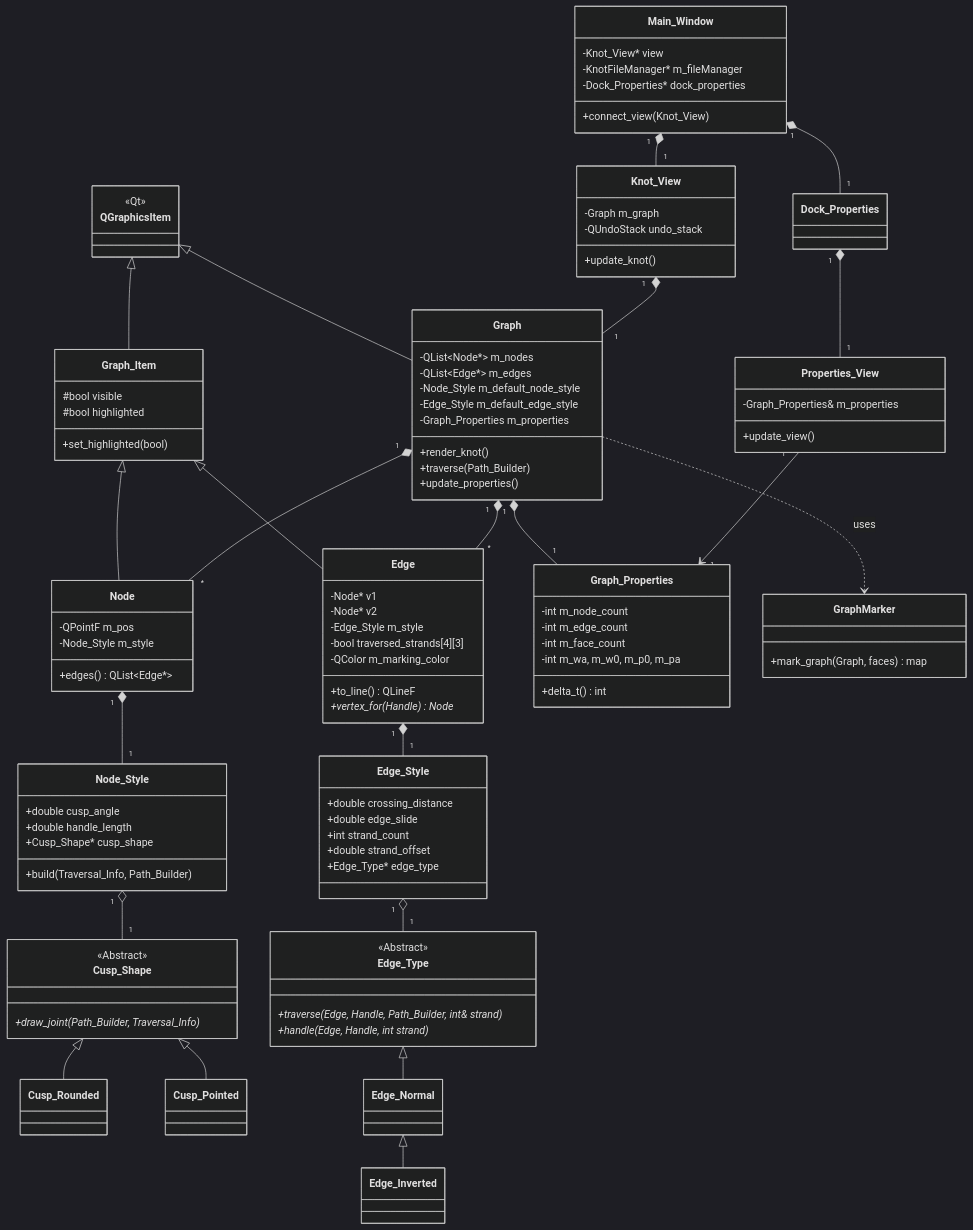
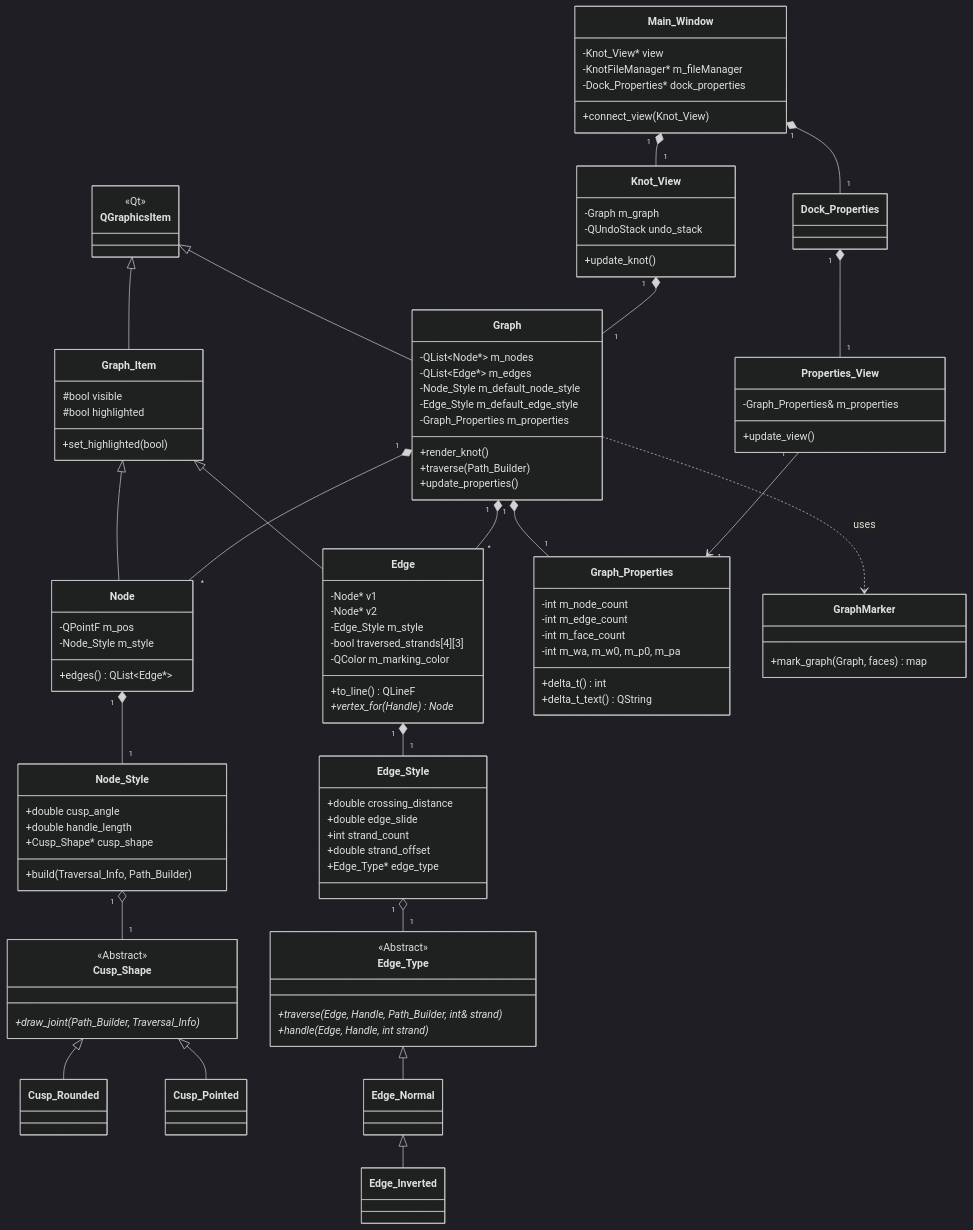
The diagram in ulm.mmd (fredfichant/icsograf), drawn with Mermaid (dark theme) before and after one commit. The commit also changed 6 other files, not shown here.

Commit message:
modification de graph_properties.hpp pour ajouter la possibilité de changer le nom d'un noeud et d'un lien dans le graphe.

```diff
--- a/ulm.mmd
+++ b/ulm.mmd
@@ -1,131 +1,132 @@
 classDiagram
     direction TB
 
     %% Base Classes
     class QGraphicsItem {
         <<Qt>>
     }
     class Graph_Item {
         #bool visible
         #bool highlighted
         +set_highlighted(bool)
     }
 
     %% Core Graph Structure
     class Graph {
         -QList~Node*~ m_nodes
         -QList~Edge*~ m_edges
         -Node_Style m_default_node_style
         -Edge_Style m_default_edge_style
         -Graph_Properties m_properties
         +render_knot()
         +traverse(Path_Builder)
         +update_properties()
     }
 
     class Node {
         -QPointF m_pos
         -Node_Style m_style
         +edges() QList~Edge*~
     }
 
     class Edge {
         -Node* v1
         -Node* v2
         -Edge_Style m_style
         -bool traversed_strands[4][3]
         -QColor m_marking_color
         +to_line() QLineF
         +vertex_for(Handle) Node*
     }
 
     %% Styles and Polymorphism
     class Node_Style {
         +double cusp_angle
         +double handle_length
         +Cusp_Shape* cusp_shape
         +build(Traversal_Info, Path_Builder)
     }
 
     class Edge_Style {
         +double crossing_distance
         +double edge_slide
         +int strand_count
         +double strand_offset
         +Edge_Type* edge_type
     }
 
     class Cusp_Shape {
         <<Abstract>>
         +draw_joint(Path_Builder, Traversal_Info)*
     }
     class Cusp_Rounded
     class Cusp_Pointed
 
     class Edge_Type {
         <<Abstract>>
         +traverse(Edge, Handle, Path_Builder, int& strand)*
         +handle(Edge, Handle, int strand)*
     }
     class Edge_Normal
     class Edge_Inverted
 
     %% Properties and Analysis
     class Graph_Properties {
         -int m_node_count
         -int m_edge_count
         -int m_face_count
         -int m_wa, m_w0, m_p0, m_pa
         +delta_t() int
+        +delta_t_text() QString
     }
 
     class GraphMarker {
         +mark_graph(Graph, faces) map
     }
 
     %% UI Components
     class Main_Window {
         -Knot_View* view
         -KnotFileManager* m_fileManager
         -Dock_Properties* dock_properties
         +connect_view(Knot_View)
     }
 
     class Knot_View {
         -Graph m_graph
         -QUndoStack undo_stack
         +update_knot()
     }
 
     class Properties_View {
         -Graph_Properties& m_properties
         +update_view()
     }
 
     %% Relationships
     QGraphicsItem <|-- Graph
     QGraphicsItem <|-- Graph_Item
     Graph_Item <|-- Node
     Graph_Item <|-- Edge
 
     Graph "1" *-- "*" Node
     Graph "1" *-- "*" Edge
     Graph "1" *-- "1" Graph_Properties
 
     Node "1" *-- "1" Node_Style
     Edge "1" *-- "1" Edge_Style
 
     Node_Style "1" o-- "1" Cusp_Shape
     Edge_Style "1" o-- "1" Edge_Type
 
     Cusp_Shape <|-- Cusp_Rounded
     Cusp_Shape <|-- Cusp_Pointed
     Edge_Type <|-- Edge_Normal
     Edge_Normal <|-- Edge_Inverted
 
     Main_Window "1" *-- "1" Knot_View
     Main_Window "1" *-- "1" Dock_Properties
     Knot_View "1" *-- "1" Graph
     Dock_Properties "1" *-- "1" Properties_View
     Properties_View "1" --> "1" Graph_Properties
     Graph ..> GraphMarker : uses
```
